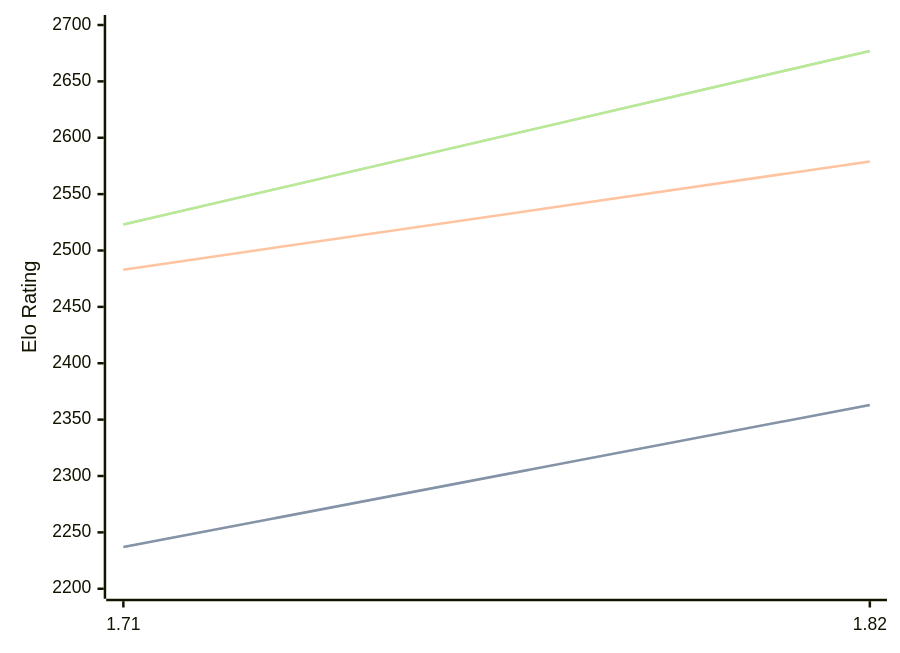
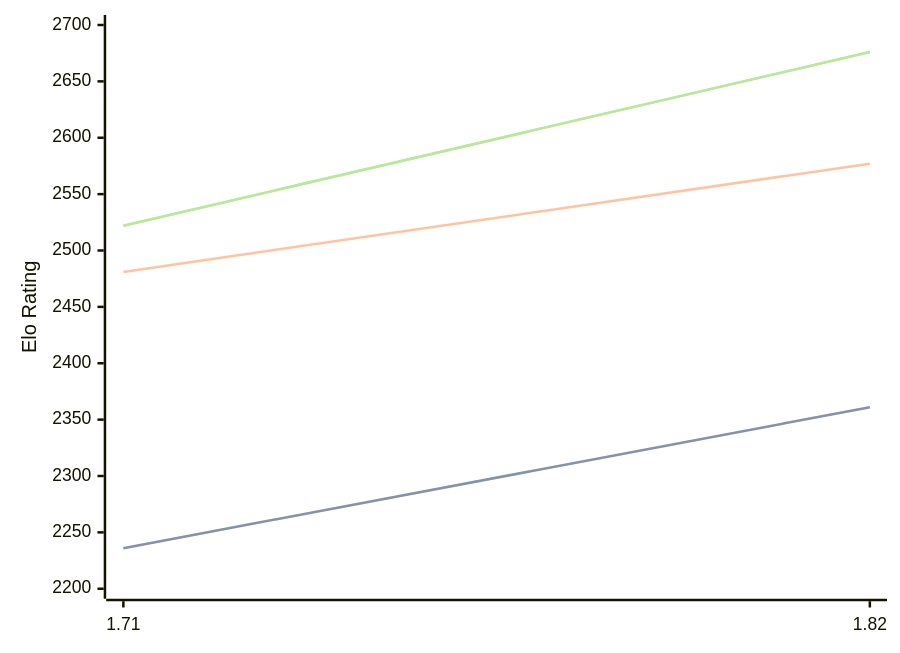
One commit to computer-chess-index/cci changed the diagram in engines/Amira.md. Above: the diagram before and after it, drawn with Mermaid. The commit also changed other lines of this file, not shown here.

Commit message:
Update CCI Ratings (ELO VLTC) - 2026-03-07

````diff
--- a/engines/Amira.md
+++ b/engines/Amira.md
@@ -33,11 +33,11 @@
 ```mermaid
 %%{init: {"theme":"base","themeVariables":{"seriesColors:['#a3a3a3','#222221','#faa371']}}}%%
 xychart-beta
   x-axis ["1.71", "1.82"]
   y-axis "Elo Rating" 2200 --> 2700
-  line "STC (8.0+0.08s)" [2237, 2363]
-  line "STC (8.0+0.08s)" [2237, 2363]
-  line "LTC (60.0+0.60s)" [2483, 2579]
-  line "VLTC (2m24s+1.12s)" [2523, 2677]
-  line "VLTC (2m24s+1.12s)" [2523, 2677]
+  line "STC (8.0+0.08s)" [2236, 2361]
+  line "STC (8.0+0.08s)" [2236, 2361]
+  line "LTC (60.0+0.60s)" [2481, 2577]
+  line "VLTC (2m24s+1.12s)" [2522, 2676]
+  line "VLTC (2m24s+1.12s)" [2522, 2676]
 ```
````
